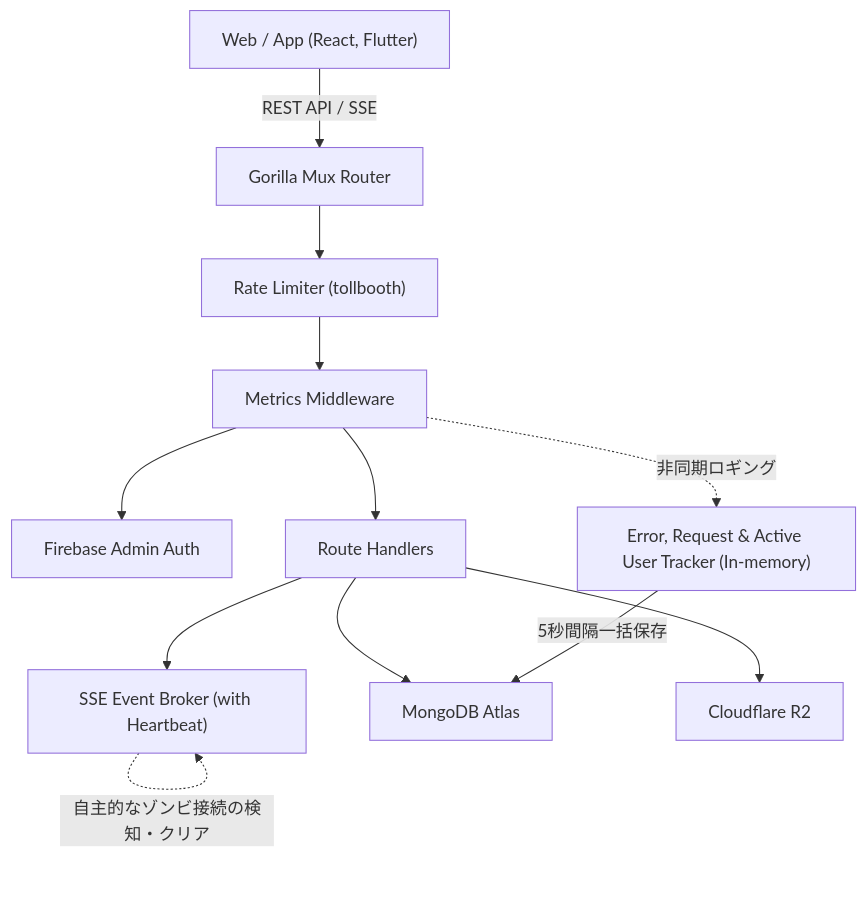
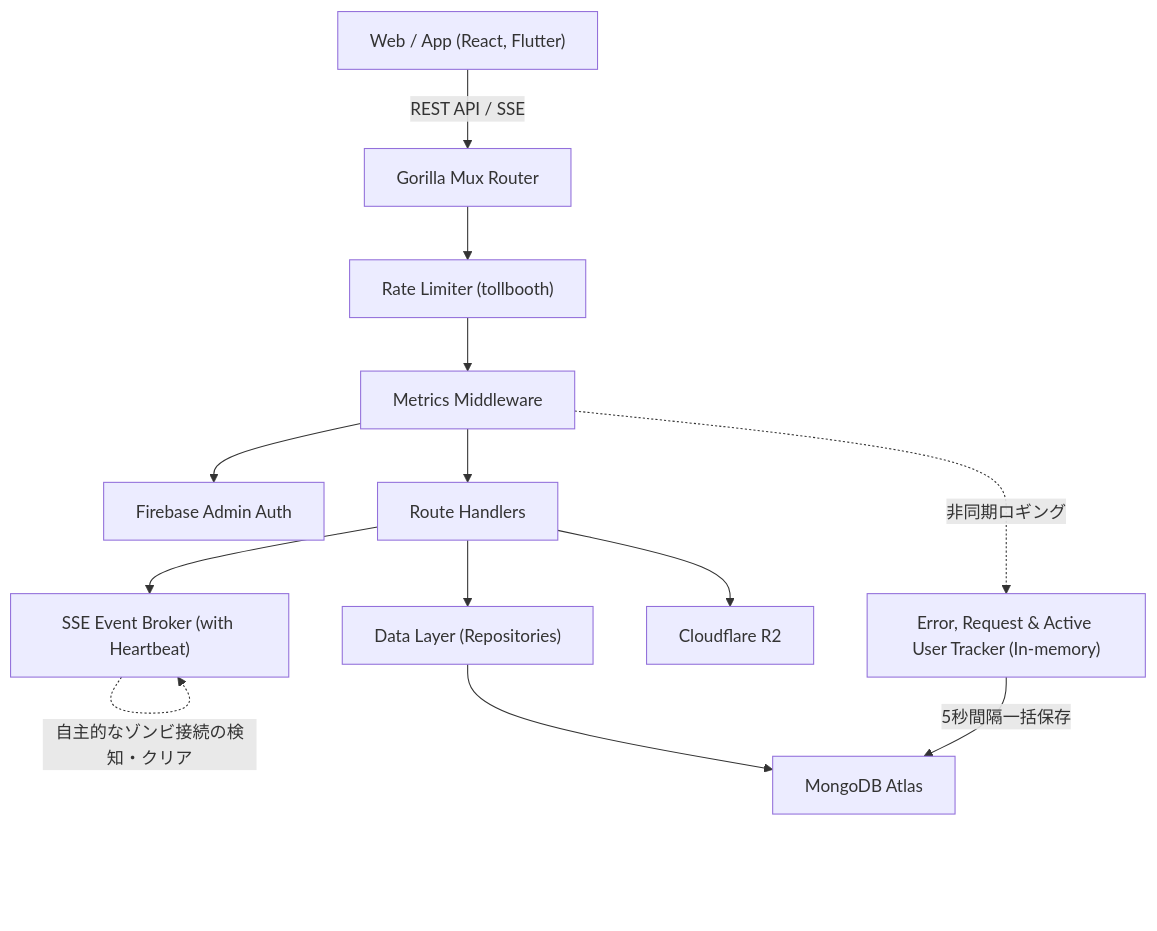
The diagram in README.md (Espi8624/yoyaku_mate_server), drawn with Mermaid before and after one commit. The commit also changed 11 other files, not shown here.

````diff
--- a/README.md
+++ b/README.md
@@ -65,15 +65,16 @@
 ```mermaid
 graph TD
     Client["Web / App (React, Flutter)"] -->|"REST API / SSE"| Router["Gorilla Mux Router"]
     Router --> Middleware["Rate Limiter (tollbooth)"]
     Middleware --> Metrics["Metrics Middleware"]
     Metrics --> Auth["Firebase Admin Auth"]
     Metrics --> Handlers["Route Handlers"]
     Handlers --> Broker["SSE Event Broker (with Heartbeat)"]
-    Handlers --> DB["MongoDB Atlas"]
+    Handlers --> Repositories["Data Layer (Repositories)"]
+    Repositories --> DB["MongoDB Atlas"]
     Handlers --> Storage["Cloudflare R2"]
     
     Metrics -.->|非同期ロギング| Tracker["Error, Request & Active User Tracker (In-memory)"]
     Tracker -->|5秒間隔一括保存| DB
     Broker -.->|自主的なゾンビ接続の検知・クリア| Broker
 ```
````
